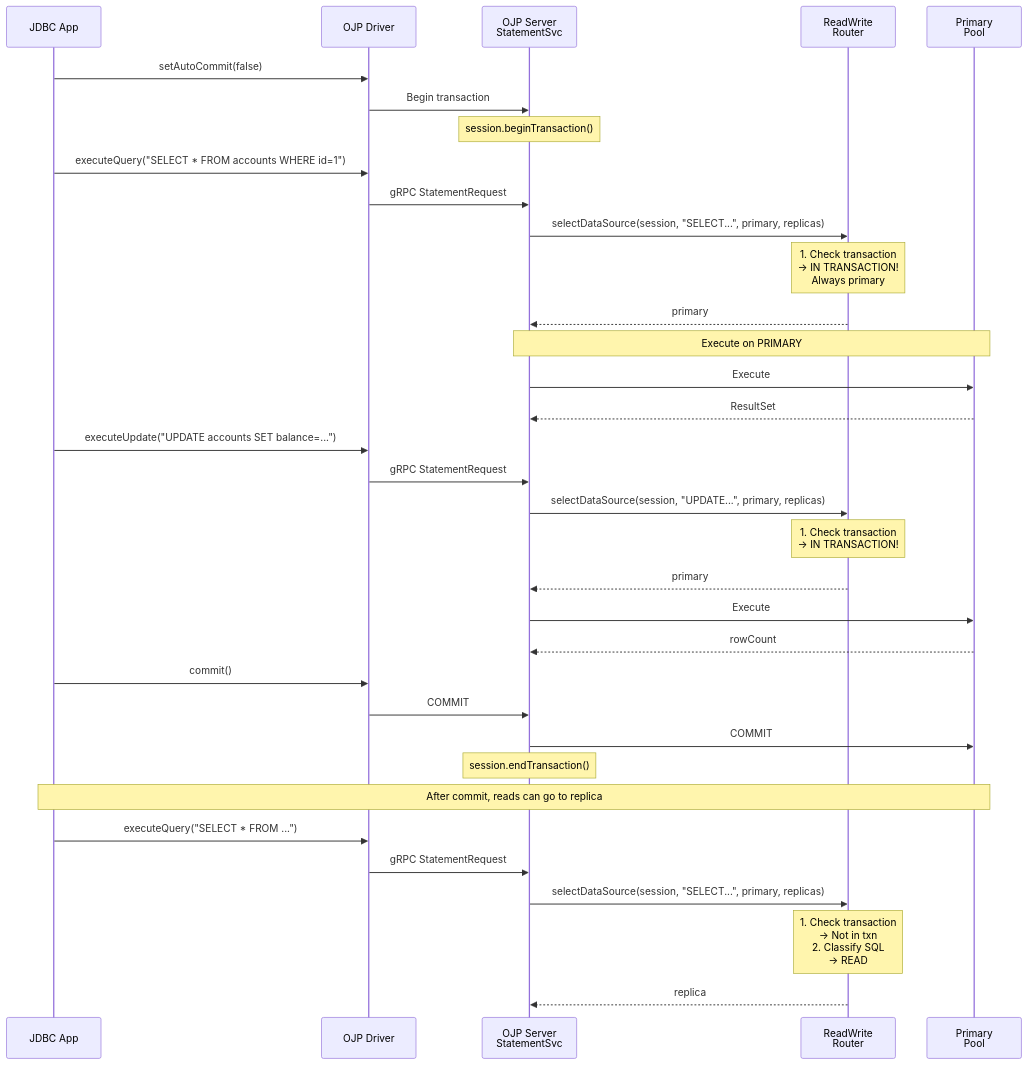
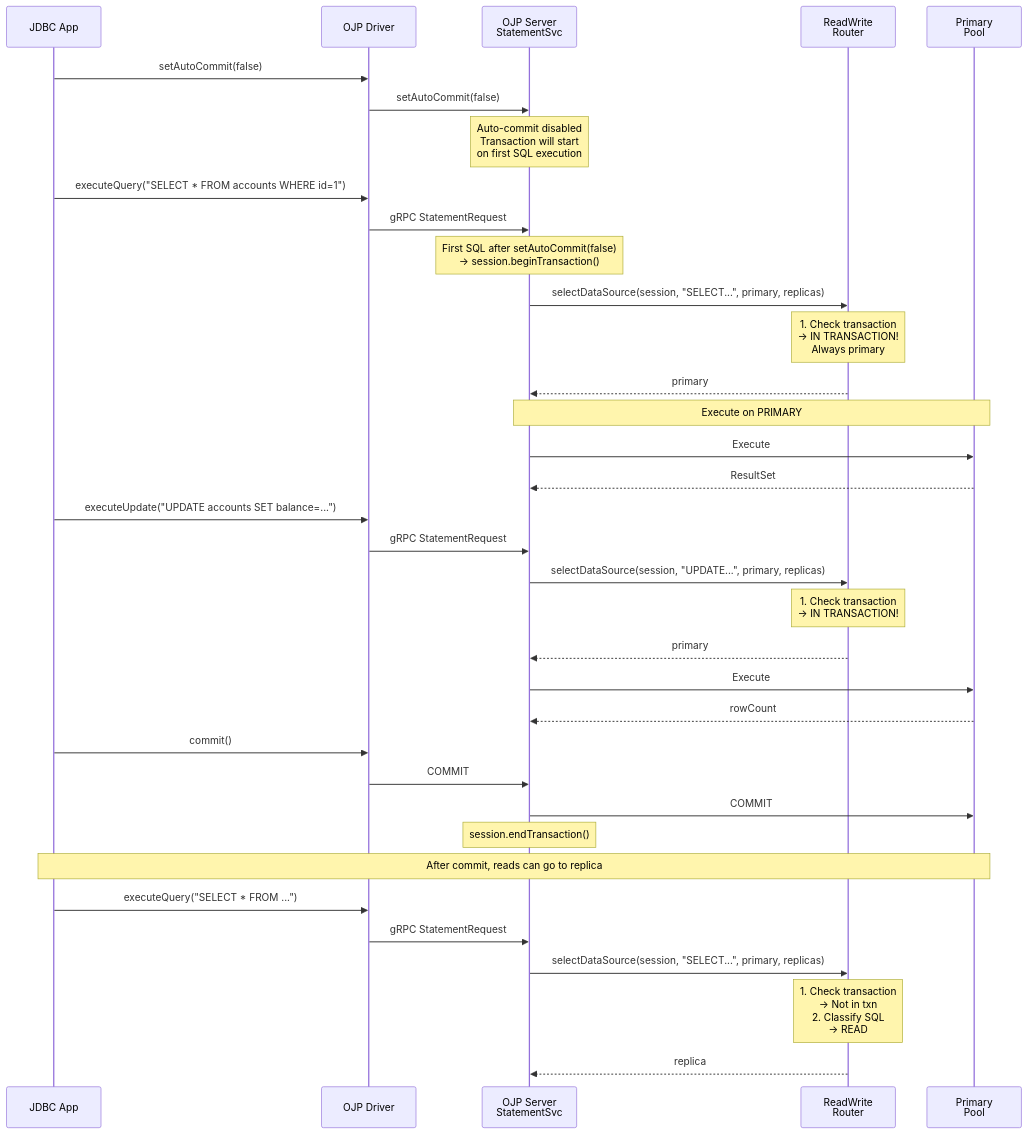
Before and after one commit to Open-JDBC-Proxy/ojp: the third of 6 diagrams in documents/designs/read-write-splitting-sequence-diagram.md, drawn with Mermaid. The commit also changed other lines of this file and 2 other files, not shown here.

First line of the commit message:
Fix transaction handling and failover logic based on review feedback

````diff
--- a/documents/designs/read-write-splitting-sequence-diagram.md
+++ b/documents/designs/read-write-splitting-sequence-diagram.md
@@ -77,48 +77,49 @@
 ```mermaid
 sequenceDiagram
     participant App as JDBC App
     participant Driver as OJP Driver
     participant Server as OJP Server<br/>StatementSvc
     participant Router as ReadWrite<br/>Router
     participant Primary as Primary<br/>Pool
 
     App->>Driver: setAutoCommit(false)
-    Driver->>Server: Begin transaction
-    Note over Server: session.beginTransaction()
+    Driver->>Server: setAutoCommit(false)
+    Note over Server: Auto-commit disabled<br/>Transaction will start<br/>on first SQL execution
 
     App->>Driver: executeQuery("SELECT * FROM accounts WHERE id=1")
     Driver->>Server: gRPC StatementRequest
+    Note over Server: First SQL after setAutoCommit(false)<br/>→ session.beginTransaction()
     Server->>Router: selectDataSource(session, "SELECT...", primary, replicas)
     
     Note over Router: 1. Check transaction<br/>→ IN TRANSACTION!<br/>Always primary
     
     Router-->>Server: primary
     Note over Server,Primary: Execute on PRIMARY
     Server->>Primary: Execute
     Primary-->>Server: ResultSet
 
     App->>Driver: executeUpdate("UPDATE accounts SET balance=...")
     Driver->>Server: gRPC StatementRequest
     Server->>Router: selectDataSource(session, "UPDATE...", primary, replicas)
     
     Note over Router: 1. Check transaction<br/>→ IN TRANSACTION!
     
     Router-->>Server: primary
     Server->>Primary: Execute
     Primary-->>Server: rowCount
 
     App->>Driver: commit()
     Driver->>Server: COMMIT
     Server->>Primary: COMMIT
     Note over Server: session.endTransaction()
 
     Note over App,Primary: After commit, reads can go to replica
 
     App->>Driver: executeQuery("SELECT * FROM ...")
     Driver->>Server: gRPC StatementRequest
     Server->>Router: selectDataSource(session, "SELECT...", primary, replicas)
     
     Note over Router: 1. Check transaction<br/>→ Not in txn<br/>2. Classify SQL<br/>→ READ
     
     Router-->>Server: replica
 ```
````
